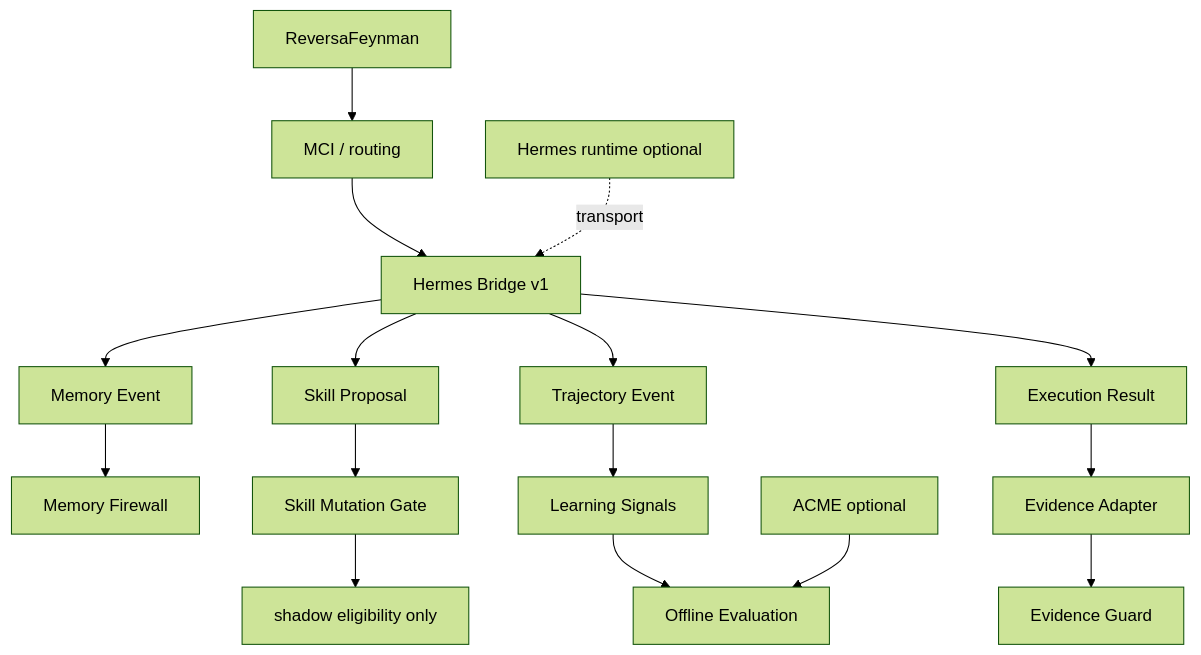
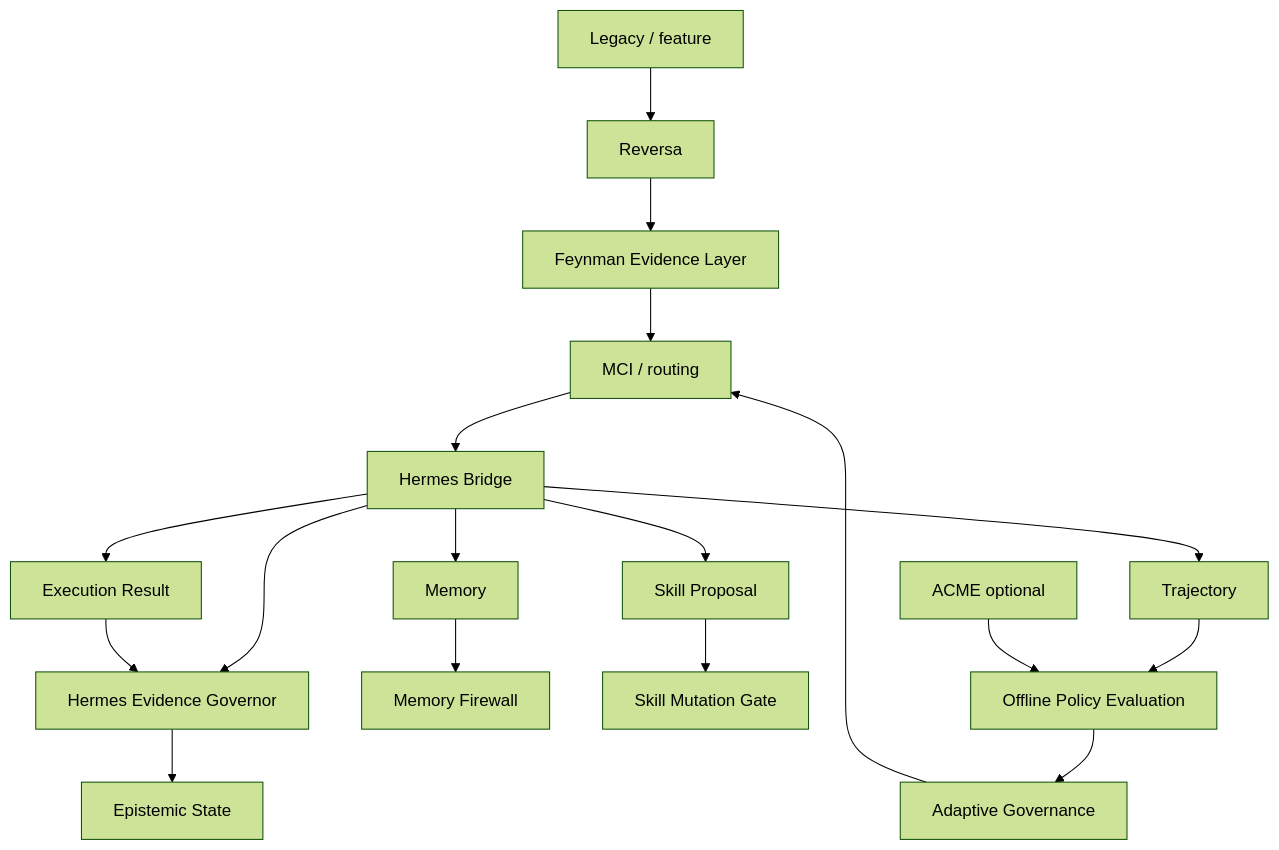
The third of 3 diagrams in README.md (MarceloClaro/reversa), drawn with Mermaid (forest theme) before and after one commit. The commit also changed other lines of this file, not shown here.

Commit message:
docs: consolidar README com Hermes Evidence Governor

````diff
--- a/README.md
+++ b/README.md
@@ -553,22 +458,23 @@
 ```mermaid
 flowchart TB
-    RF["ReversaFeynman"] --> MCI["MCI / routing"]
-    MCI --> HB["Hermes Bridge v1"]
+    LEG["Legacy / feature"] --> REV["Reversa"]
+    REV --> FEY["Feynman Evidence Layer"]
+    FEY --> MCI["MCI / routing"]
+    MCI --> HB["Hermes Bridge"]
 
-    HB --> MEM["Memory Event"]
+    HB --> MEM["Memory"]
     HB --> SK["Skill Proposal"]
-    HB --> TR["Trajectory Event"]
-    HB --> EX["Execution Result"]
+    HB --> TRAJ["Trajectory"]
+    HB --> EXEC["Execution Result"]
+    HB --> HEG["Hermes Evidence Governor"]
 
     MEM --> MF["Memory Firewall"]
     SK --> SG["Skill Mutation Gate"]
-    TR --> LS["Learning Signals"]
-    EX --> EA["Evidence Adapter"]
+    TRAJ --> OPE["Offline Policy Evaluation"]
+    EXEC --> HEG
 
-    LS --> OPE["Offline Evaluation"]
-    EA --> EG["Evidence Guard"]
-    SG --> SH["shadow eligibility only"]
-
-    H["Hermes runtime optional"] -. transport .-> HB
     ACME["ACME optional"] --> OPE
+    HEG --> CLAIM["Epistemic State"]
+    OPE --> GOV["Adaptive Governance"]
+    GOV --> MCI
 ```
````
